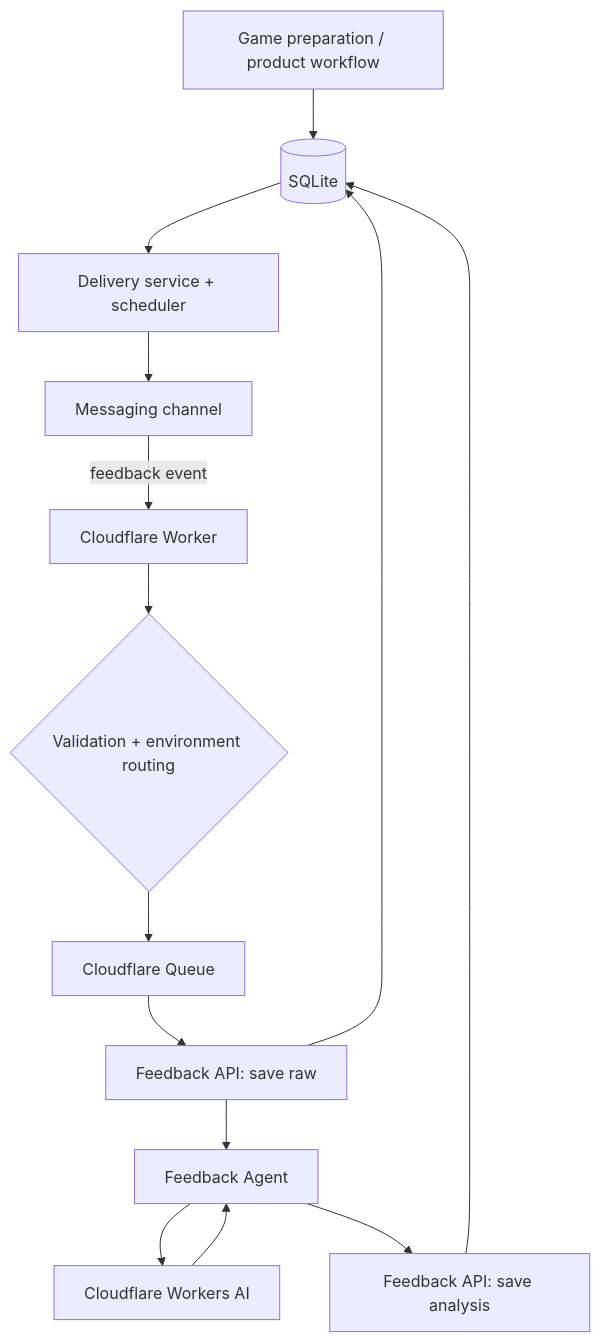
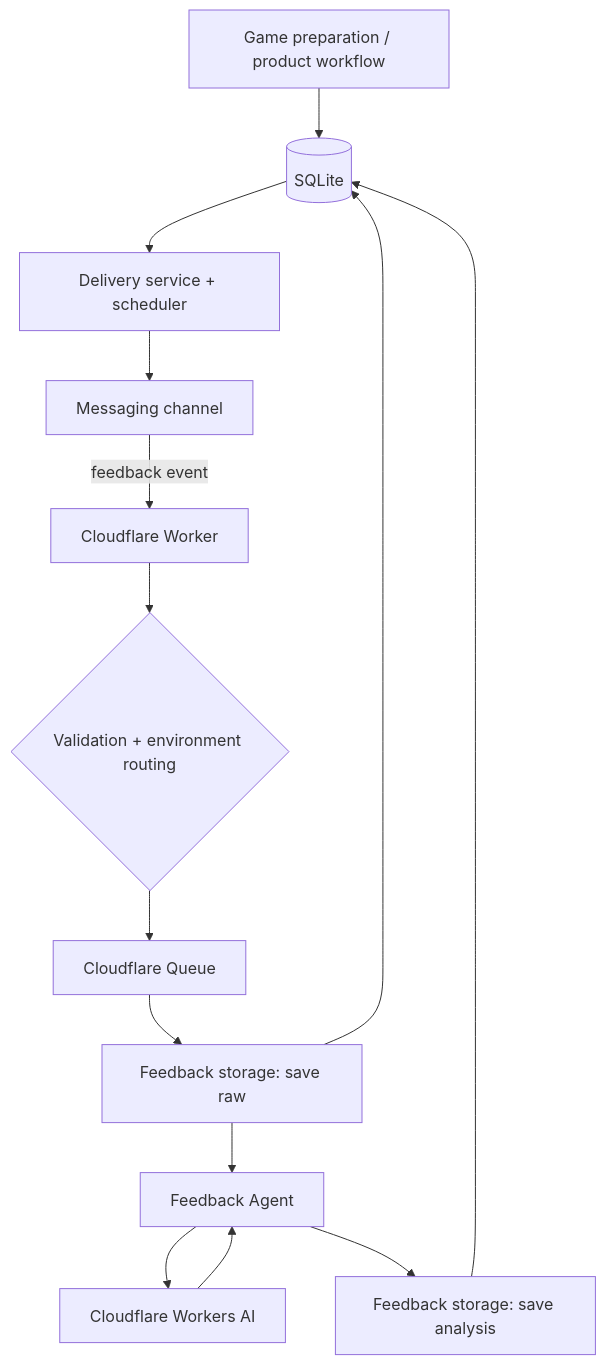
Before and after one commit to LukshinVI/game-of-the-day: the second of 2 diagrams in docs/architecture.md, drawn with Mermaid. The commit also changed other lines of this file and 6 other files, not shown here.

First line of the commit message:
refactor(feedback): remove the unused HTTP transport, keep the storage module

````diff
--- a/docs/architecture.md
+++ b/docs/architecture.md
@@ -92,16 +74,16 @@
 ```mermaid
 flowchart TD
     P[Game preparation / product workflow] --> DB[(SQLite)]
     DB --> D[Delivery service + scheduler]
     D --> CH[Messaging channel]
     CH -->|feedback event| W[Cloudflare Worker]
     W --> V{Validation + environment routing}
     V --> Q[Cloudflare Queue]
-    Q --> RAW[Feedback API: save raw]
+    Q --> RAW[Feedback storage: save raw]
     RAW --> DB
     RAW --> F[Feedback Agent]
     F --> AI[Cloudflare Workers AI]
     AI --> F
-    F --> RES[Feedback API: save analysis]
+    F --> RES[Feedback storage: save analysis]
     RES --> DB
 ```
````
